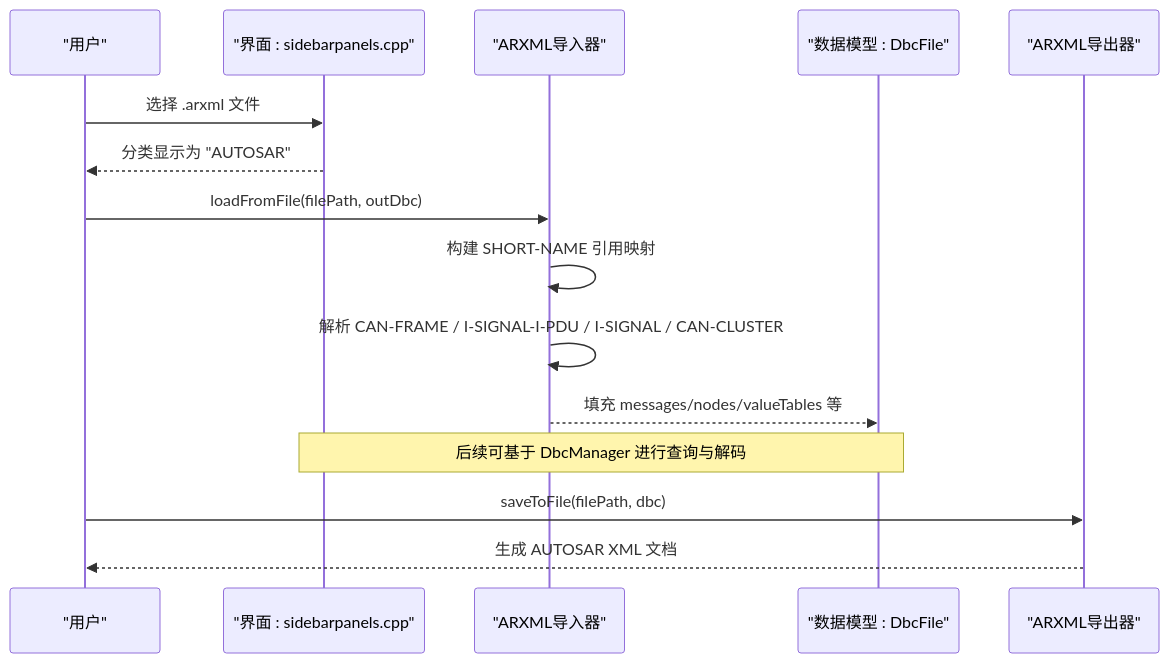
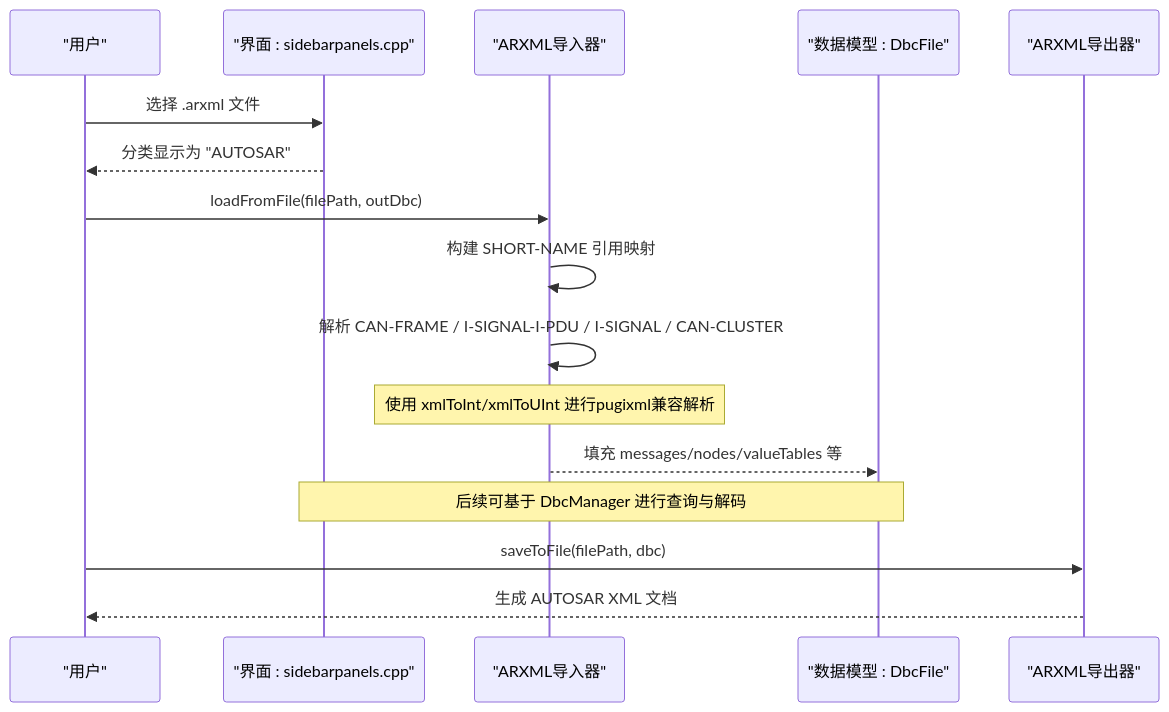
The second of 5 diagrams in .qoder/repowiki/zh/content/核心模块详解/DBC文件支持/ARXML支持.md (jakecai1225-design/OpenBus), drawn with Mermaid before and after one commit. The commit also changed other lines of this file and 18 other files, not shown here.

````diff
--- a/.qoder/repowiki/zh/content/核心模块详解/DBC文件支持/ARXML支持.md
+++ b/.qoder/repowiki/zh/content/核心模块详解/DBC文件支持/ARXML支持.md
@@ -85,17 +95,18 @@
 ```mermaid
 sequenceDiagram
 participant U as "用户"
 participant UI as "界面 : sidebarpanels.cpp"
 participant Imp as "ARXML导入器"
 participant M as "数据模型 : DbcFile"
 participant Exp as "ARXML导出器"
 U->>UI : 选择 .arxml 文件
 UI-->>U : 分类显示为 "AUTOSAR"
 U->>Imp : loadFromFile(filePath, outDbc)
 Imp->>Imp : 构建 SHORT-NAME 引用映射
 Imp->>Imp : 解析 CAN-FRAME / I-SIGNAL-I-PDU / I-SIGNAL / CAN-CLUSTER
+Note over Imp : 使用 xmlToInt/xmlToUInt 进行pugixml兼容解析
 Imp-->>M : 填充 messages/nodes/valueTables 等
 Note over UI,M : 后续可基于 DbcManager 进行查询与解码
 U->>Exp : saveToFile(filePath, dbc)
 Exp-->>U : 生成 AUTOSAR XML 文档
 ```
````
